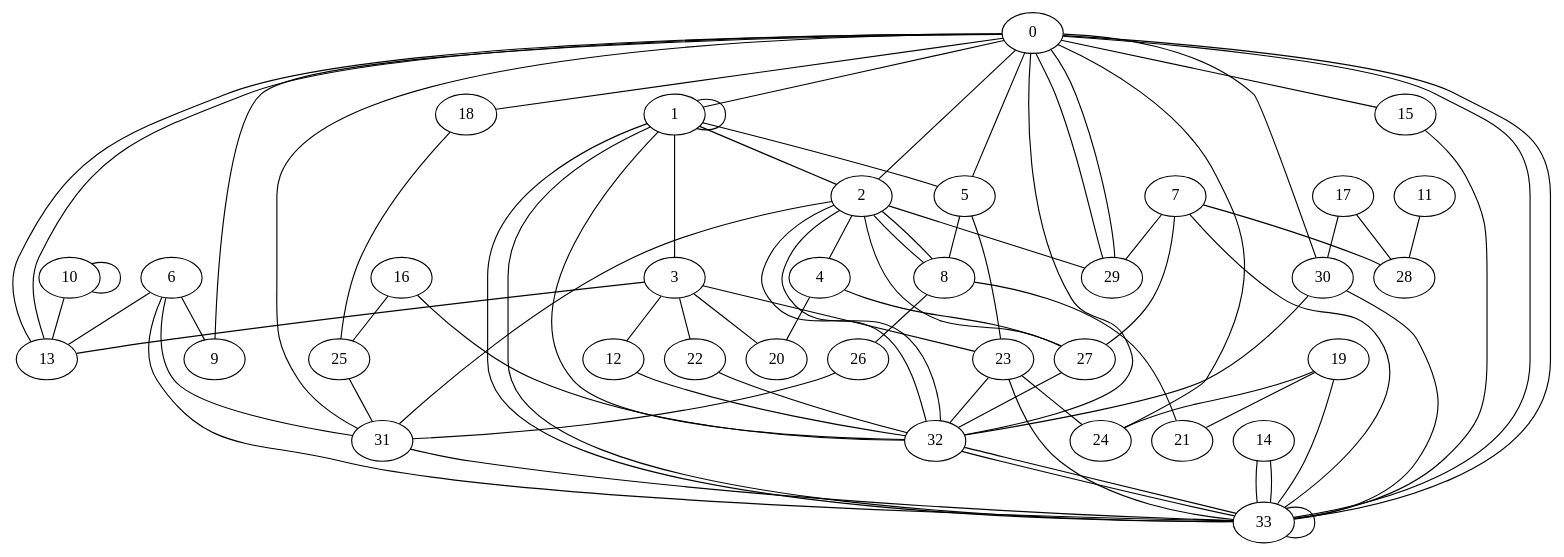
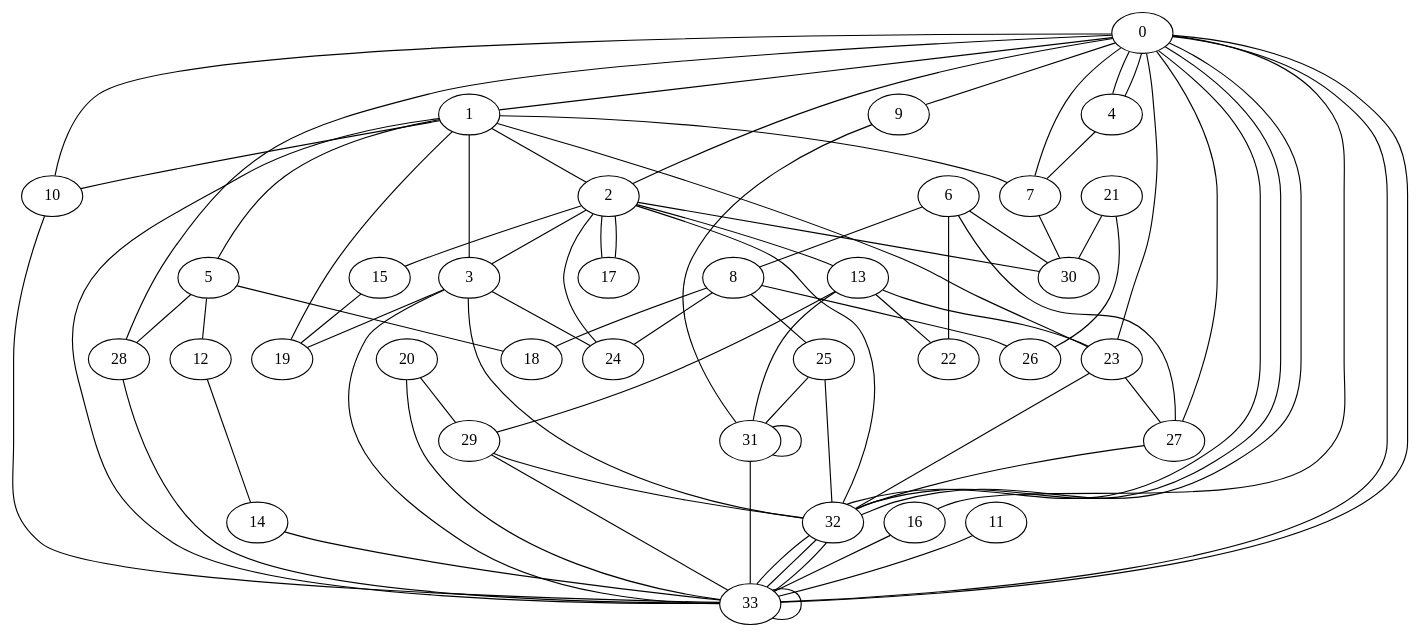
Before and after one commit to jalbrecq/Graph-Mining: the diagram in dot_files/graph.dot, drawn with Graphviz. The commit also changed 5 other files, not shown here.

```diff
--- a/dot_files/graph.dot
+++ b/dot_files/graph.dot
@@ -1,114 +1,114 @@
 graph  {
 0;
 1;
 2;
 3;
 4;
 5;
 6;
 7;
 8;
 9;
 10;
 11;
 12;
 13;
 14;
 15;
 16;
 17;
 18;
 19;
 20;
 21;
 22;
 23;
 24;
 25;
 26;
 27;
 28;
 29;
 30;
 31;
 32;
 33;
-0 -- 5  [key=0];
-0 -- 15  [key=0];
-0 -- 2  [key=0];
-0 -- 13  [key=0];
-0 -- 13  [key=1];
+0 -- 4  [key=0];
+0 -- 4  [key=1];
+0 -- 16  [key=0];
+0 -- 28  [key=0];
+0 -- 27  [key=0];
 0 -- 33  [key=0];
 0 -- 33  [key=1];
 0 -- 32  [key=0];
-0 -- 18  [key=0];
+0 -- 32  [key=1];
+0 -- 32  [key=2];
+0 -- 10  [key=0];
+0 -- 2  [key=0];
+0 -- 23  [key=0];
 0 -- 1  [key=0];
-0 -- 29  [key=0];
-0 -- 29  [key=1];
-0 -- 24  [key=0];
 0 -- 9  [key=0];
-0 -- 31  [key=0];
-0 -- 30  [key=0];
+0 -- 7  [key=0];
+1 -- 19  [key=0];
+1 -- 7  [key=0];
+1 -- 5  [key=0];
+1 -- 3  [key=0];
+1 -- 10  [key=0];
+1 -- 23  [key=0];
+1 -- 2  [key=0];
 1 -- 33  [key=0];
-1 -- 33  [key=1];
-1 -- 1  [key=0];
-1 -- 3  [key=0];
-1 -- 5  [key=0];
-1 -- 2  [key=0];
-1 -- 32  [key=0];
+2 -- 17  [key=0];
+2 -- 17  [key=1];
+2 -- 13  [key=0];
 2 -- 32  [key=0];
-2 -- 32  [key=1];
-2 -- 8  [key=0];
-2 -- 8  [key=1];
-2 -- 29  [key=0];
-2 -- 27  [key=0];
-2 -- 31  [key=0];
-2 -- 4  [key=0];
-3 -- 23  [key=0];
-3 -- 20  [key=0];
-3 -- 12  [key=0];
-3 -- 22  [key=0];
-3 -- 13  [key=0];
-4 -- 20  [key=0];
-4 -- 27  [key=0];
-5 -- 8  [key=0];
-5 -- 23  [key=0];
-6 -- 33  [key=0];
-6 -- 31  [key=0];
-6 -- 13  [key=0];
-6 -- 9  [key=0];
-7 -- 29  [key=0];
-7 -- 27  [key=0];
-7 -- 28  [key=0];
-7 -- 33  [key=0];
+2 -- 15  [key=0];
+2 -- 3  [key=0];
+2 -- 24  [key=0];
+2 -- 30  [key=0];
+3 -- 32  [key=0];
+3 -- 24  [key=0];
+3 -- 19  [key=0];
+3 -- 33  [key=0];
+4 -- 7  [key=0];
+5 -- 12  [key=0];
+5 -- 28  [key=0];
+5 -- 18  [key=0];
+6 -- 22  [key=0];
+6 -- 8  [key=0];
+6 -- 27  [key=0];
+6 -- 30  [key=0];
+7 -- 30  [key=0];
+8 -- 18  [key=0];
+8 -- 24  [key=0];
 8 -- 26  [key=0];
-8 -- 21  [key=0];
-10 -- 13  [key=0];
-10 -- 10  [key=0];
-11 -- 28  [key=0];
-12 -- 32  [key=0];
+8 -- 25  [key=0];
+9 -- 31  [key=0];
+10 -- 33  [key=0];
+11 -- 33  [key=0];
+12 -- 14  [key=0];
+13 -- 29  [key=0];
+13 -- 31  [key=0];
+13 -- 22  [key=0];
+13 -- 23  [key=0];
 14 -- 33  [key=0];
-14 -- 33  [key=1];
-15 -- 33  [key=0];
-16 -- 32  [key=0];
-16 -- 25  [key=0];
-17 -- 28  [key=0];
-17 -- 30  [key=0];
-18 -- 25  [key=0];
-19 -- 24  [key=0];
-19 -- 21  [key=0];
-19 -- 33  [key=0];
-22 -- 32  [key=0];
-23 -- 33  [key=0];
-23 -- 24  [key=0];
+15 -- 19  [key=0];
+16 -- 33  [key=0];
+20 -- 29  [key=0];
+20 -- 33  [key=0];
+21 -- 26  [key=0];
+21 -- 30  [key=0];
 23 -- 32  [key=0];
+23 -- 27  [key=0];
 25 -- 31  [key=0];
-26 -- 31  [key=0];
+25 -- 32  [key=0];
 27 -- 32  [key=0];
-30 -- 33  [key=0];
-30 -- 32  [key=0];
+28 -- 33  [key=0];
+29 -- 32  [key=0];
+29 -- 33  [key=0];
+31 -- 31  [key=0];
 31 -- 33  [key=0];
 32 -- 33  [key=0];
 32 -- 33  [key=1];
+32 -- 33  [key=2];
 33 -- 33  [key=0];
 }
```
